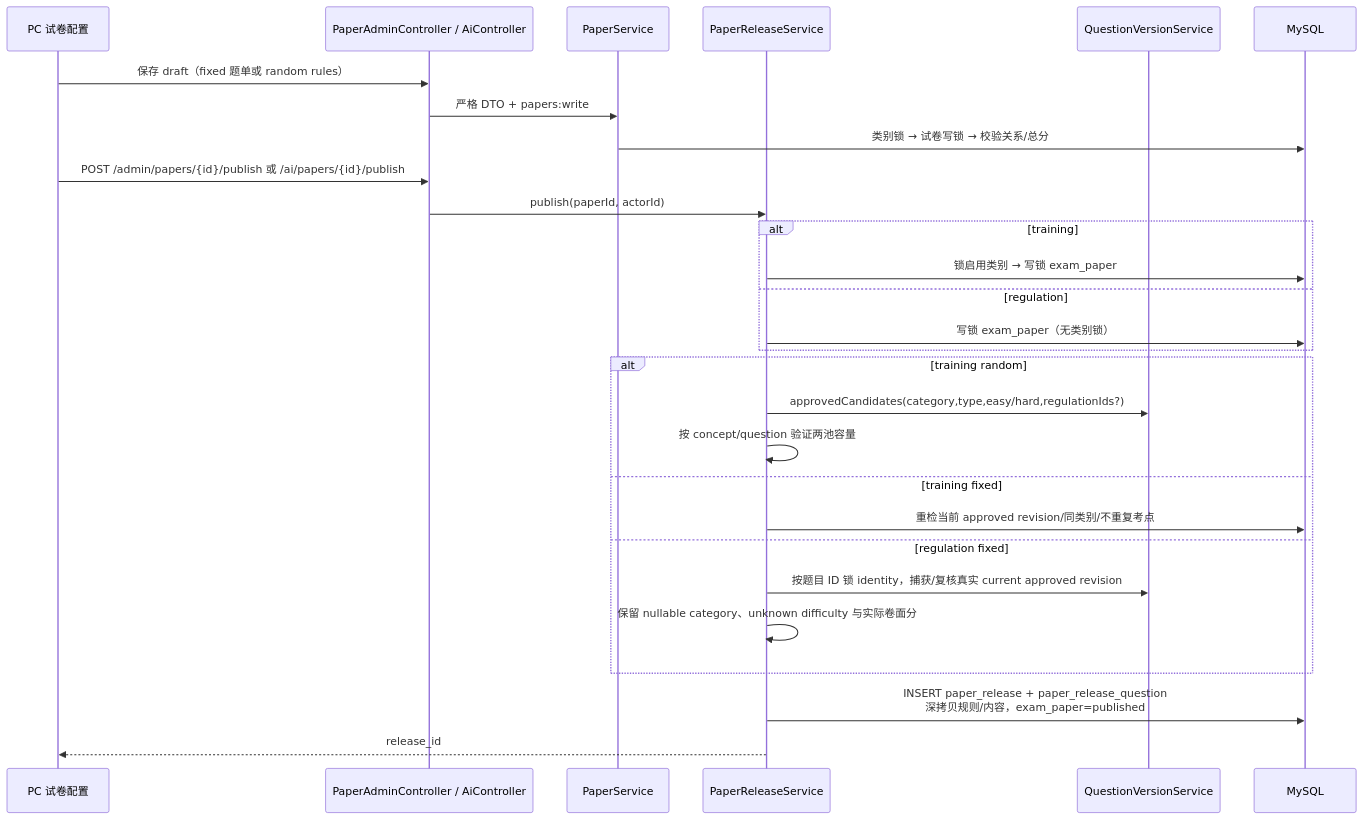
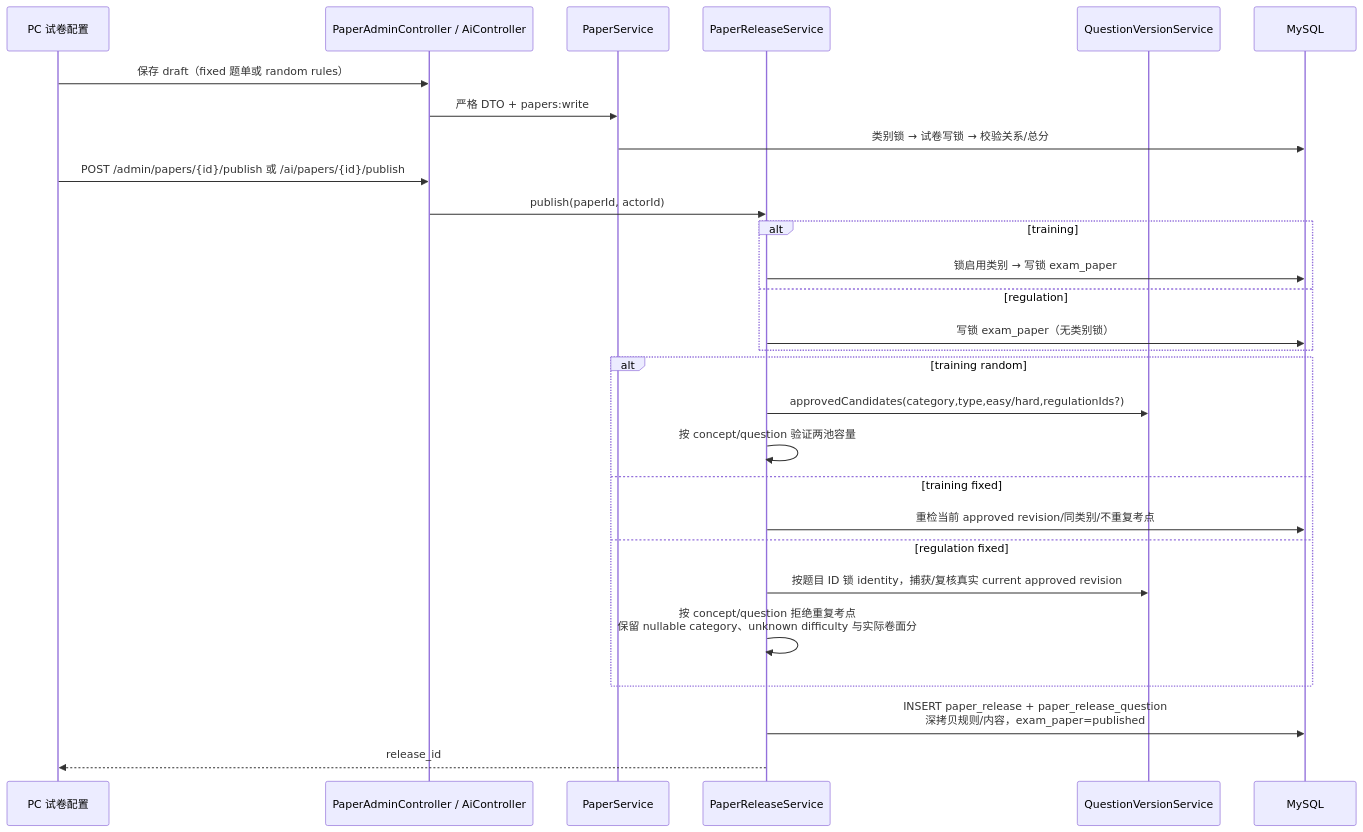
One commit to caoguanjie/emodor-exam changed diagram 15 of 19 in docs/design/06-关键流程.md. Above: the diagram before and after it, drawn with Mermaid. The commit also changed other lines of this file and 14 other files, not shown here.

````diff
--- a/docs/design/06-关键流程.md
+++ b/docs/design/06-关键流程.md
@@ -761,31 +761,31 @@
 ```mermaid
 sequenceDiagram
     participant PC as PC 试卷配置
     participant API as PaperAdminController / AiController
     participant P as PaperService
     participant R as PaperReleaseService
     participant Q as QuestionVersionService
     participant DB as MySQL
 
     PC->>API: 保存 draft（fixed 题单或 random rules）
     API->>P: 严格 DTO + papers:write
     P->>DB: 类别锁 → 试卷写锁 → 校验关系/总分
     PC->>API: POST /admin/papers/{id}/publish 或 /ai/papers/{id}/publish
     API->>R: publish(paperId, actorId)
     alt training
         R->>DB: 锁启用类别 → 写锁 exam_paper
     else regulation
         R->>DB: 写锁 exam_paper（无类别锁）
     end
     alt training random
         R->>Q: approvedCandidates(category,type,easy/hard,regulationIds?)
         R->>R: 按 concept/question 验证两池容量
     else training fixed
         R->>DB: 重检当前 approved revision/同类别/不重复考点
     else regulation fixed
         R->>Q: 按题目 ID 锁 identity，捕获/复核真实 current approved revision
-        R->>R: 保留 nullable category、unknown difficulty 与实际卷面分
+        R->>R: 按 concept/question 拒绝重复考点<br/>保留 nullable category、unknown difficulty 与实际卷面分
     end
     R->>DB: INSERT paper_release + paper_release_question<br/>深拷贝规则/内容，exam_paper=published
     R-->>PC: release_id
 ```
````
